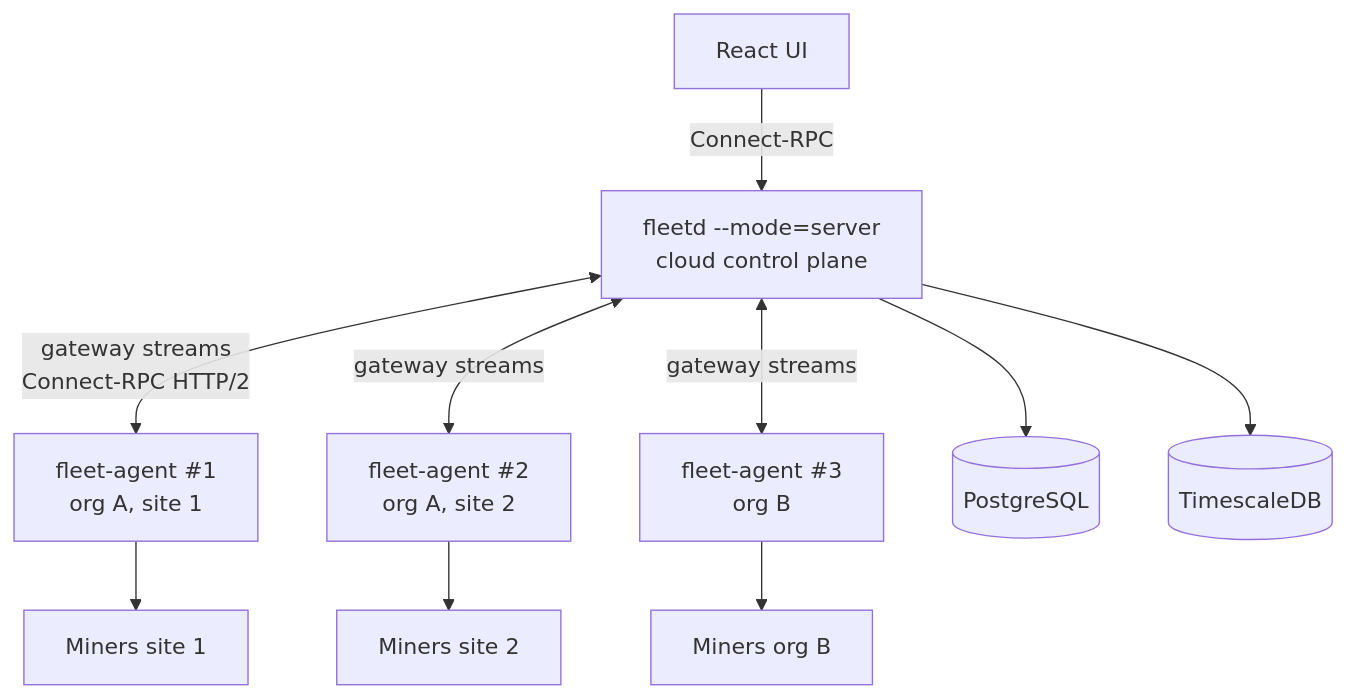
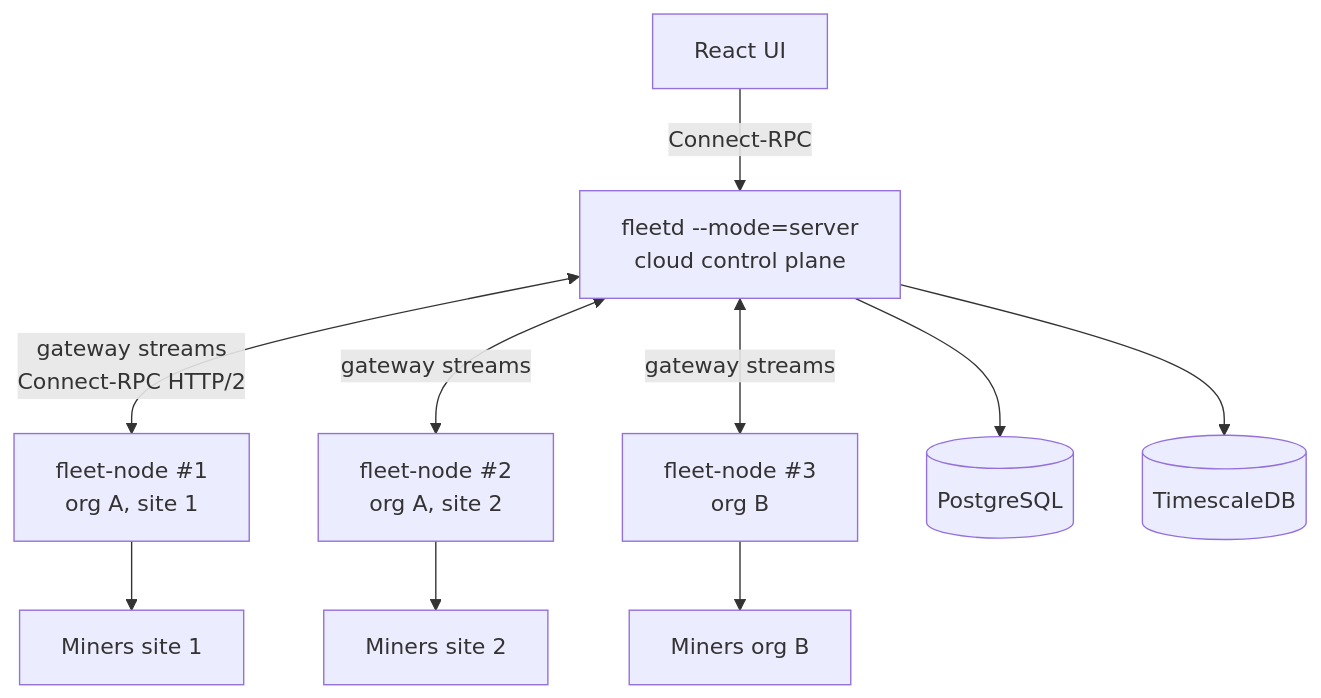
The second of 2 diagrams in docs/rfcs/0001-agent-server-split.md (block/proto-fleet), drawn with Mermaid before and after one commit. The commit also changed other lines of this file, not shown here.

````diff
--- a/docs/rfcs/0001-agent-server-split.md
+++ b/docs/rfcs/0001-agent-server-split.md
@@ -42,12 +35,12 @@
 ```mermaid
 graph TD
     UI[React UI] -->|Connect-RPC| FD[fleetd --mode=server<br/>cloud control plane]
-    FD <-->|gateway streams<br/>Connect-RPC HTTP/2| A1[fleet-agent #1<br/>org A, site 1]
-    FD <-->|gateway streams| A2[fleet-agent #2<br/>org A, site 2]
-    FD <-->|gateway streams| A3[fleet-agent #3<br/>org B]
-    A1 --> M1[Miners site 1]
-    A2 --> M2[Miners site 2]
-    A3 --> M3[Miners org B]
+    FD <-->|gateway streams<br/>Connect-RPC HTTP/2| N1[fleet-node #1<br/>org A, site 1]
+    FD <-->|gateway streams| N2[fleet-node #2<br/>org A, site 2]
+    FD <-->|gateway streams| N3[fleet-node #3<br/>org B]
+    N1 --> M1[Miners site 1]
+    N2 --> M2[Miners site 2]
+    N3 --> M3[Miners org B]
     FD --> PG[(PostgreSQL)]
     FD --> TS[(TimescaleDB)]
 ```
````
